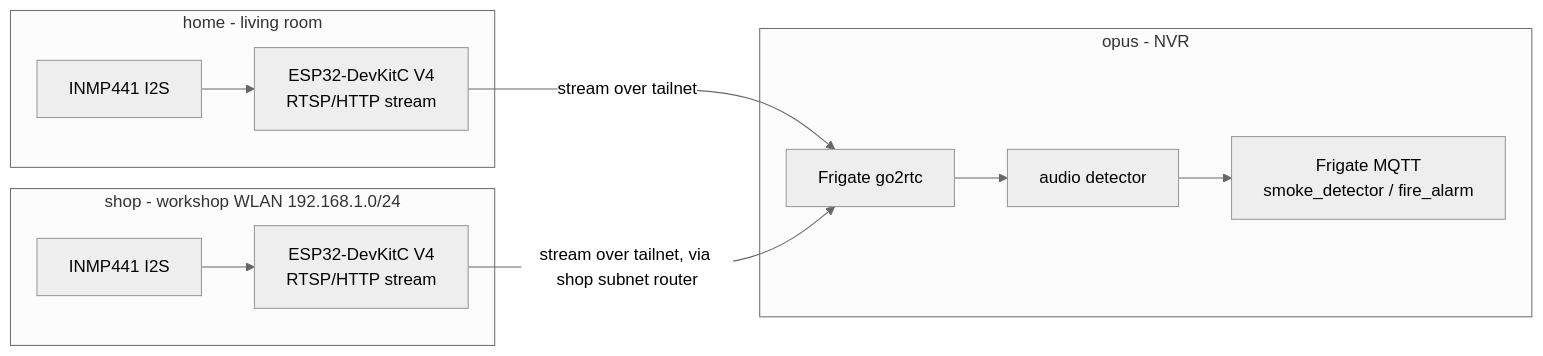
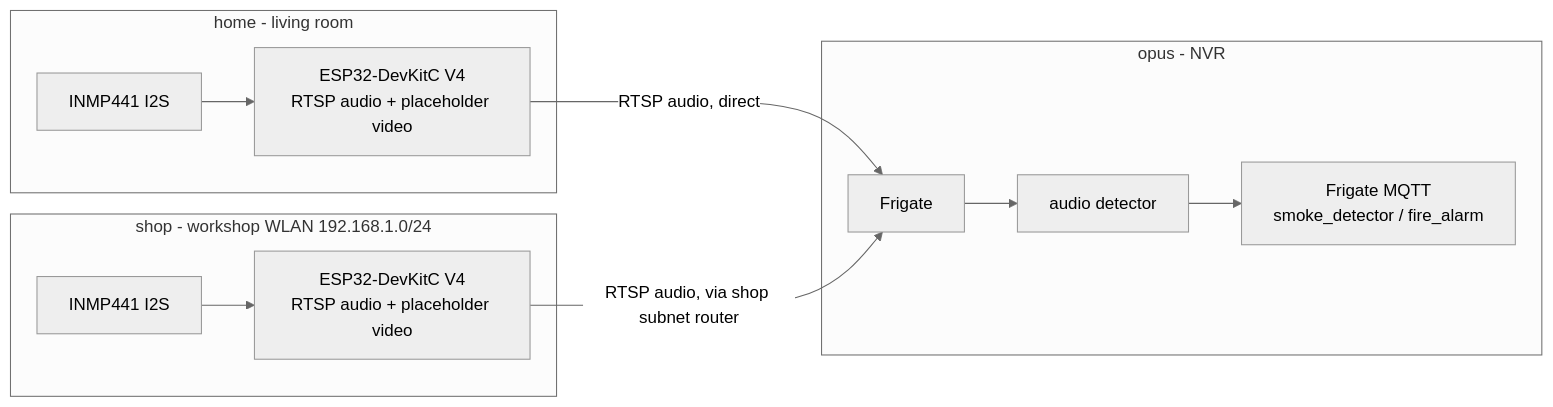
The diagram in docs/smoke-detection-plan.md (uhlig-it/infrastructure), drawn with Mermaid (neutral theme) before and after one commit. The commit also changed other lines of this file and 1 other file, not shown here.

````diff
--- a/docs/smoke-detection-plan.md
+++ b/docs/smoke-detection-plan.md
@@ -32,15 +32,15 @@
 ```mermaid
 flowchart LR
     subgraph home [home - living room]
-        hmic[INMP441 I2S] --> hesp[ESP32-DevKitC V4<br/>RTSP/HTTP stream]
+        hmic[INMP441 I2S] --> hesp[ESP32-DevKitC V4<br/>RTSP audio + placeholder video]
     end
     subgraph shop [shop - workshop WLAN 192.168.1.0/24]
-        smic[INMP441 I2S] --> sesp[ESP32-DevKitC V4<br/>RTSP/HTTP stream]
+        smic[INMP441 I2S] --> sesp[ESP32-DevKitC V4<br/>RTSP audio + placeholder video]
     end
     subgraph opus [opus - NVR]
-        fg2r[Frigate go2rtc] --> ad[audio detector]
+        fg[Frigate] --> ad[audio detector]
         ad --> mqtt[Frigate MQTT<br/>smoke_detector / fire_alarm]
     end
-    hesp -->|stream over tailnet| fg2r
-    sesp -->|stream over tailnet, via shop subnet router| fg2r
+    hesp -->|RTSP audio, direct| fg
+    sesp -->|RTSP audio, via shop subnet router| fg
 ```
````
